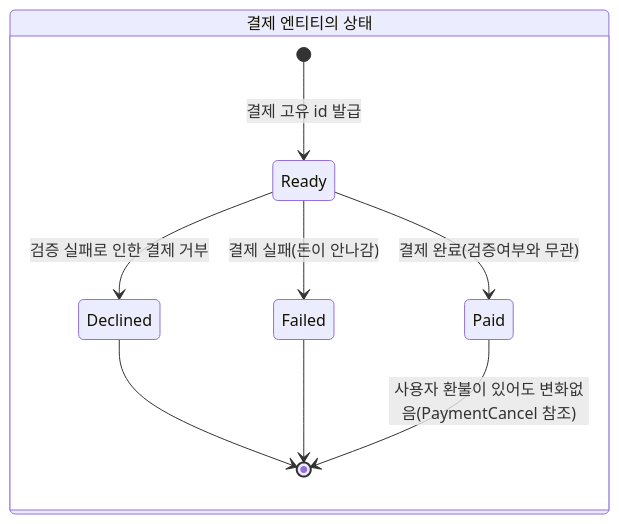
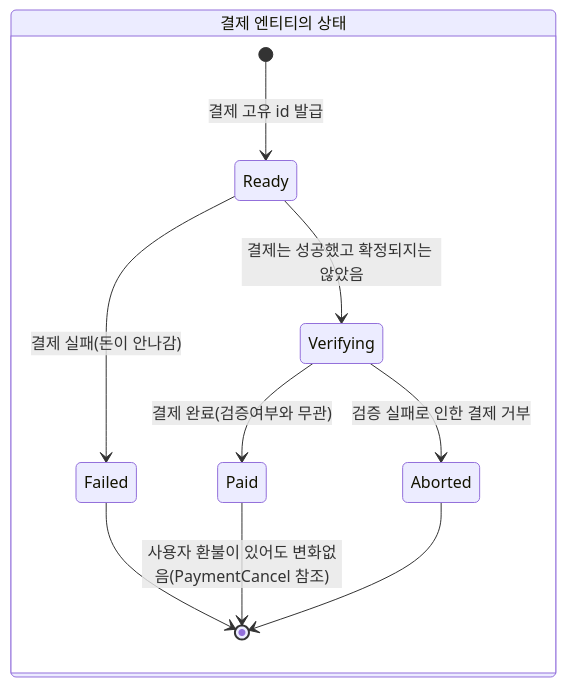
The second of 5 diagrams in README.md (js990311/reservation-movie), drawn with Mermaid before and after one commit. The commit also changed other lines of this file and 13 other files, not shown here.

First line of the commit message:
feat: READY 상태와 고객이 돈을 지불한 상태인 VERIFYING 분리

````diff
--- a/README.md
+++ b/README.md
@@ -20,12 +20,13 @@
 ```mermaid
 stateDiagram-v2
     state "결제 엔티티의 상태" as Payment{
         [*] --> Ready : 결제 고유 id 발급
-        Ready --> Paid : 결제 완료(검증여부와 무관)
         Ready --> Failed : 결제 실패(돈이 안나감)
-        Ready --> Declined : 검증 실패로 인한 결제 거부
-        Declined --> [*]
+        Ready-->Verifying: 결제는 성공했고 확정되지는 않았음
+        Verifying --> Paid : 결제 완료(검증여부와 무관)
+        Verifying --> Aborted : 검증 실패로 인한 결제 거부
+        Aborted --> [*]
         Failed --> [*]
         Paid --> [*] : 사용자 환불이 있어도 변화없음(PaymentCancel 참조)
     }
 ```
````
